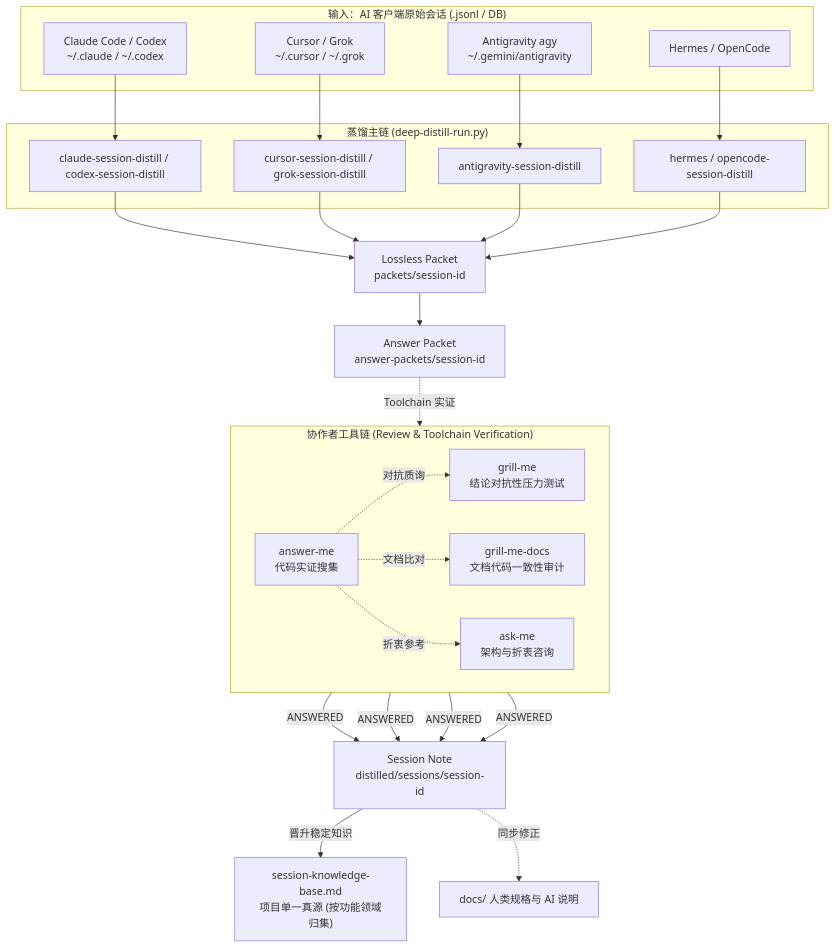
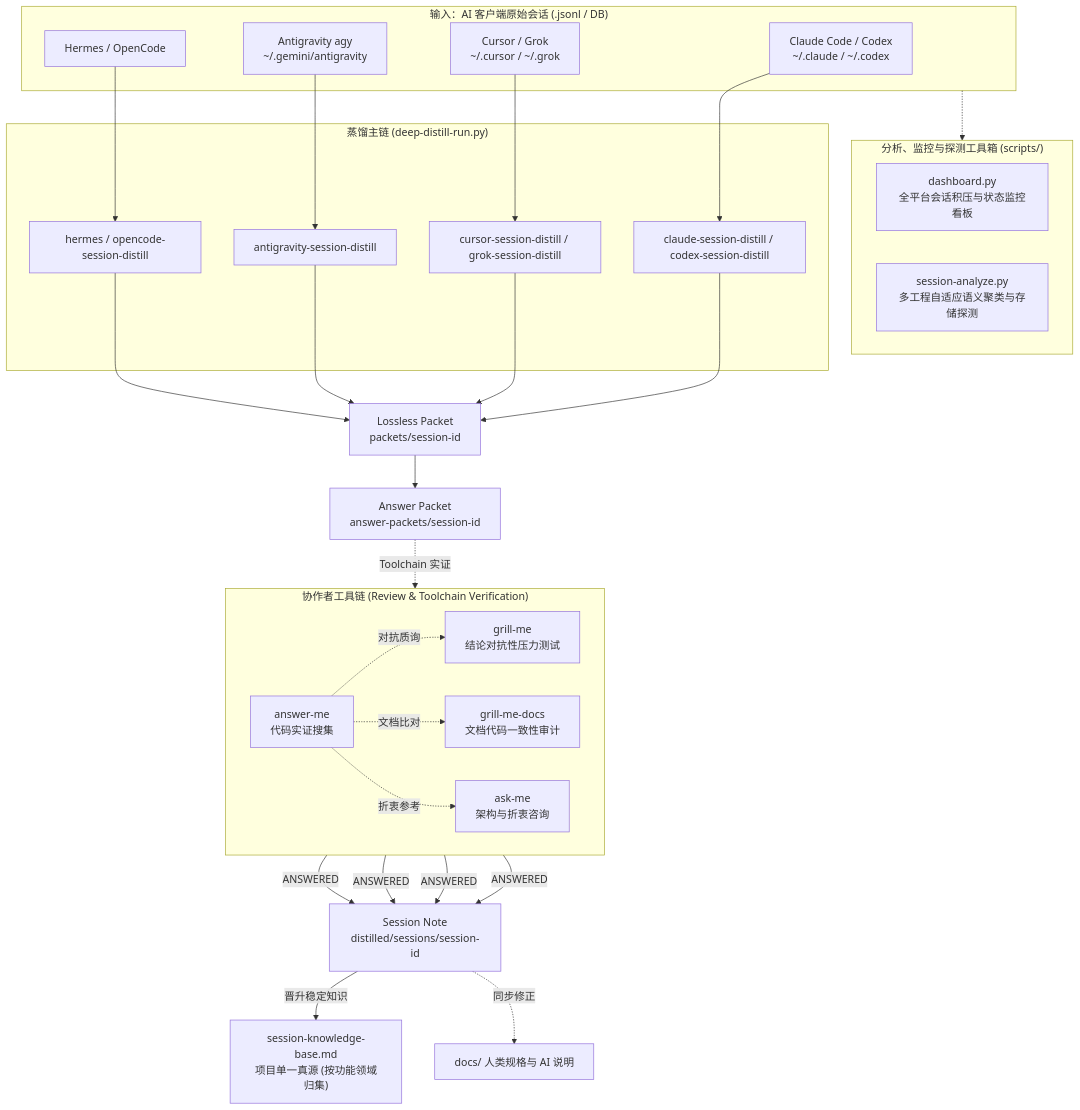
The diagram in README_zh.md (manhua-man/session-distill-skills), drawn with Mermaid before and after one commit. The commit also changed other lines of this file and 1 other file, not shown here.

Commit message:
docs: update README and README_zh with CLI tools, multi-project taxonomy, and architecture

````diff
--- a/README_zh.md
+++ b/README_zh.md
@@ -9,46 +11,52 @@
 ```mermaid
 flowchart TD
     subgraph SRC["输入：AI 客户端原始会话 (.jsonl / DB)"]
         S1["Claude Code / Codex<br/>~/.claude / ~/.codex"]
         S2["Cursor / Grok<br/>~/.cursor / ~/.grok"]
         S3["Antigravity agy<br/>~/.gemini/antigravity"]
         S4["Hermes / OpenCode"]
+    end
+
+    subgraph UTILS["分析、监控与探测工具箱 (scripts/)"]
+        U1["dashboard.py<br/>全平台会话积压与状态监控看板"]
+        U2["session-analyze.py<br/>多工程自适应语义聚类与存储探测"]
     end
 
     subgraph DISTILL["蒸馏主链 (deep-distill-run.py)"]
         D1["claude-session-distill / codex-session-distill"]
         D2["cursor-session-distill / grok-session-distill"]
         D3["antigravity-session-distill"]
         D4["hermes / opencode-session-distill"]
     end
 
     PKT["Lossless Packet<br/>packets/session-id"]
     APKT["Answer Packet<br/>answer-packets/session-id"]
     NOTE["Session Note<br/>distilled/sessions/session-id"]
 
     subgraph HELPERS["协作者工具链 (Review & Toolchain Verification)"]
         direction LR
         H1["answer-me<br/>代码实证搜集"]
         H2["grill-me<br/>结论对抗性压力测试"]
         H3["grill-me-docs<br/>文档代码一致性审计"]
         H4["ask-me<br/>架构与折衷咨询"]
     end
 
     KB["session-knowledge-base.md<br/>项目单一真源 (按功能领域归集)"]
     DOCS["docs/ 人类规格与 AI 说明"]
 
+    SRC -.-> UTILS
     S1 --> D1
     S2 --> D2
     S3 --> D3
     S4 --> D4
 
     D1 & D2 & D3 & D4 --> PKT
     PKT --> APKT
     APKT -.Toolchain 实证.-> H1
     H1 -.对抗质询.-> H2
     H1 -.文档比对.-> H3
     H1 -.折衷参考.-> H4
     H1 & H2 & H3 & H4 -->|ANSWERED| NOTE
     NOTE -->|晋升稳定知识| KB
     NOTE -.同步修正.-> DOCS
 ```
````
